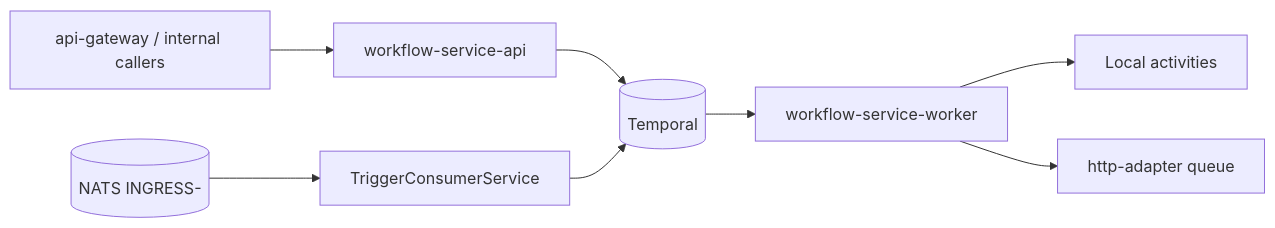
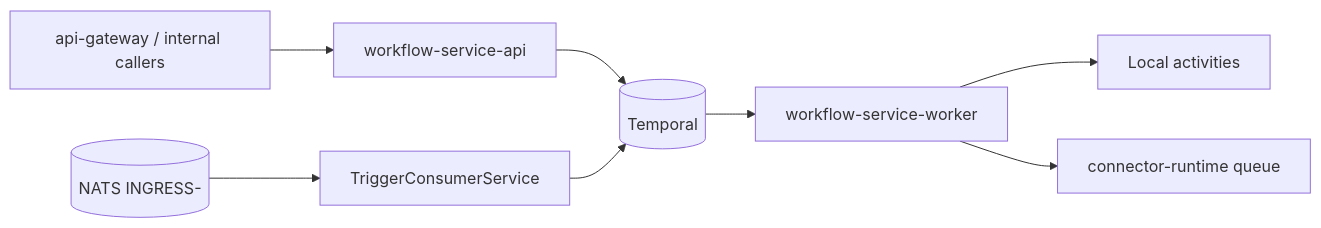
The first of 3 diagrams in DOCS/04-WORKFLOW-ENGINE.md (ccarnero/colloqui), drawn with Mermaid before and after one commit. The commit also changed other lines of this file and 418 other files, not shown here.

First line of the commit message:
Merged PR 3855: Remove services. Rename http-adapter/adapter-service. Update docs

````diff
--- a/DOCS/04-WORKFLOW-ENGINE.md
+++ b/DOCS/04-WORKFLOW-ENGINE.md
@@ -12,12 +12,12 @@
 ```mermaid
 flowchart LR
     client[api-gateway / internal callers] --> api[workflow-service-api]
     api --> temporal[(Temporal)]
 
     nats[(NATS INGRESS-<tenant>)] --> trigger[TriggerConsumerService]
     trigger --> temporal
 
     temporal --> worker[workflow-service-worker]
     worker --> local[Local activities]
-    worker --> httpq[http-adapter queue]
+    worker --> httpq[connector-runtime queue]
 ```
````
